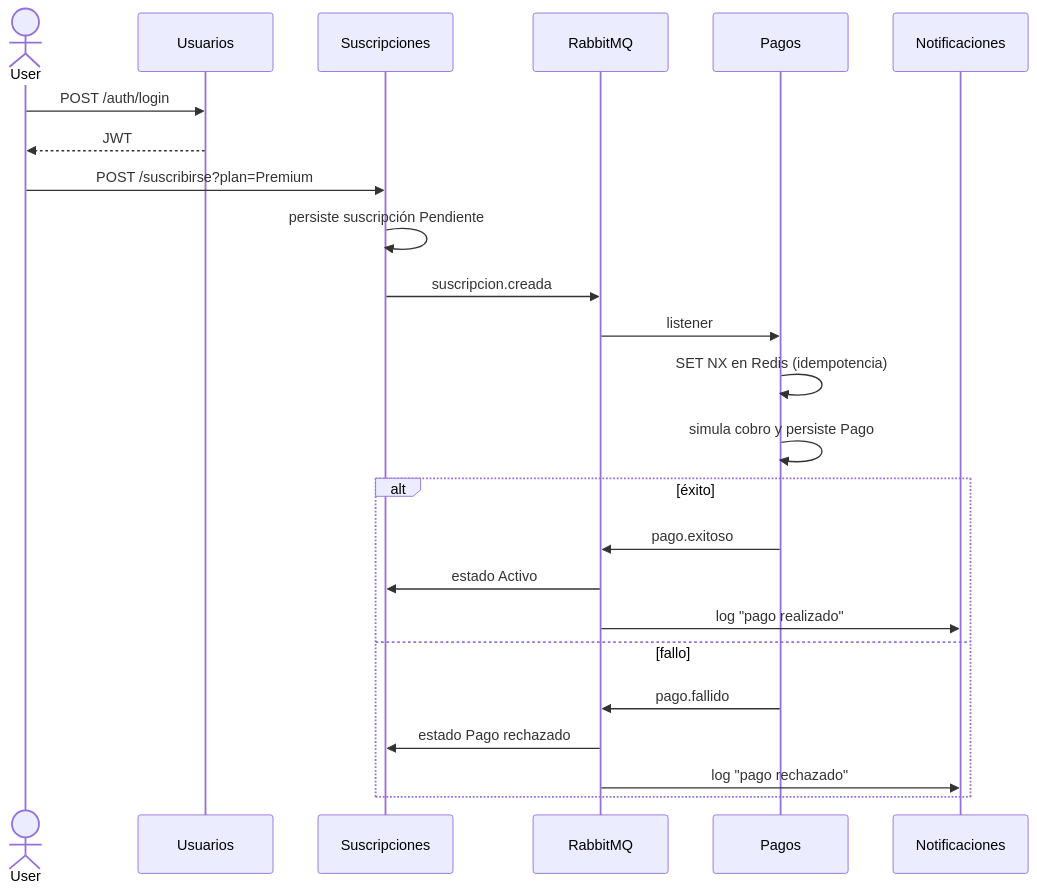
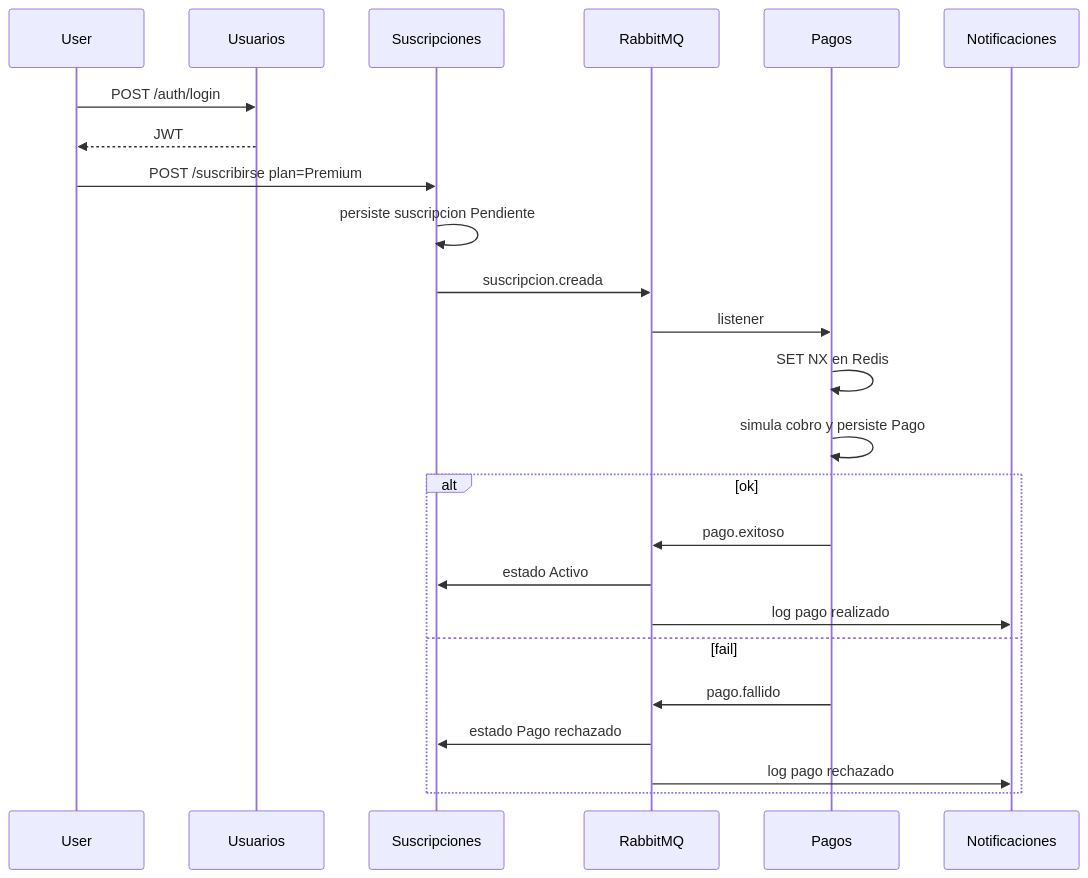
One commit to NatsukiAza/springsuscripciones changed the second of 2 diagrams in README.md. Above: the diagram before and after it, drawn with Mermaid.

Commit message:
README con diagrama mermaid

````diff
--- a/README.md
+++ b/README.md
@@ -98,27 +98,27 @@
 ```mermaid
 sequenceDiagram
-  actor User
+  participant User
   participant U as Usuarios
   participant S as Suscripciones
   participant Q as RabbitMQ
   participant P as Pagos
   participant N as Notificaciones
 
   User->>U: POST /auth/login
   U-->>User: JWT
-  User->>S: POST /suscribirse?plan=Premium
-  S->>S: persiste suscripción Pendiente
+  User->>S: POST /suscribirse plan=Premium
+  S->>S: persiste suscripcion Pendiente
   S->>Q: suscripcion.creada
   Q->>P: listener
-  P->>P: SET NX en Redis (idempotencia)
+  P->>P: SET NX en Redis
   P->>P: simula cobro y persiste Pago
-  alt éxito
+  alt ok
     P->>Q: pago.exitoso
     Q->>S: estado Activo
-    Q->>N: log "pago realizado"
-  else fallo
+    Q->>N: log pago realizado
+  else fail
     P->>Q: pago.fallido
     Q->>S: estado Pago rechazado
-    Q->>N: log "pago rechazado"
+    Q->>N: log pago rechazado
   end
 ```
````
